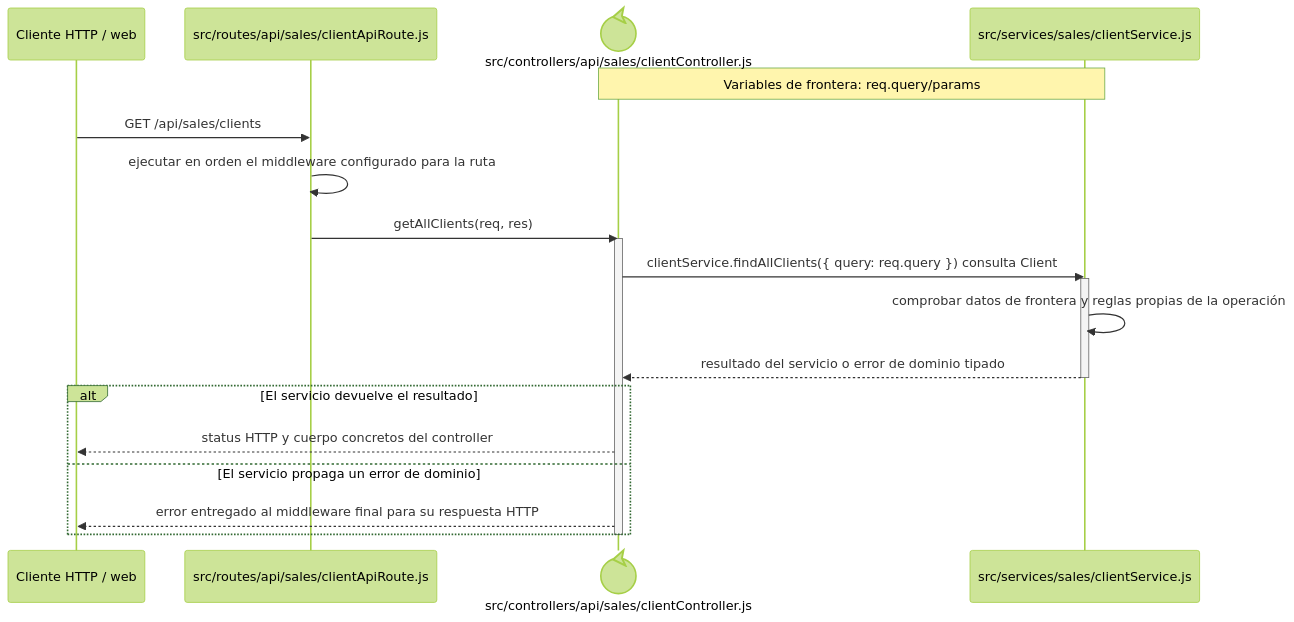
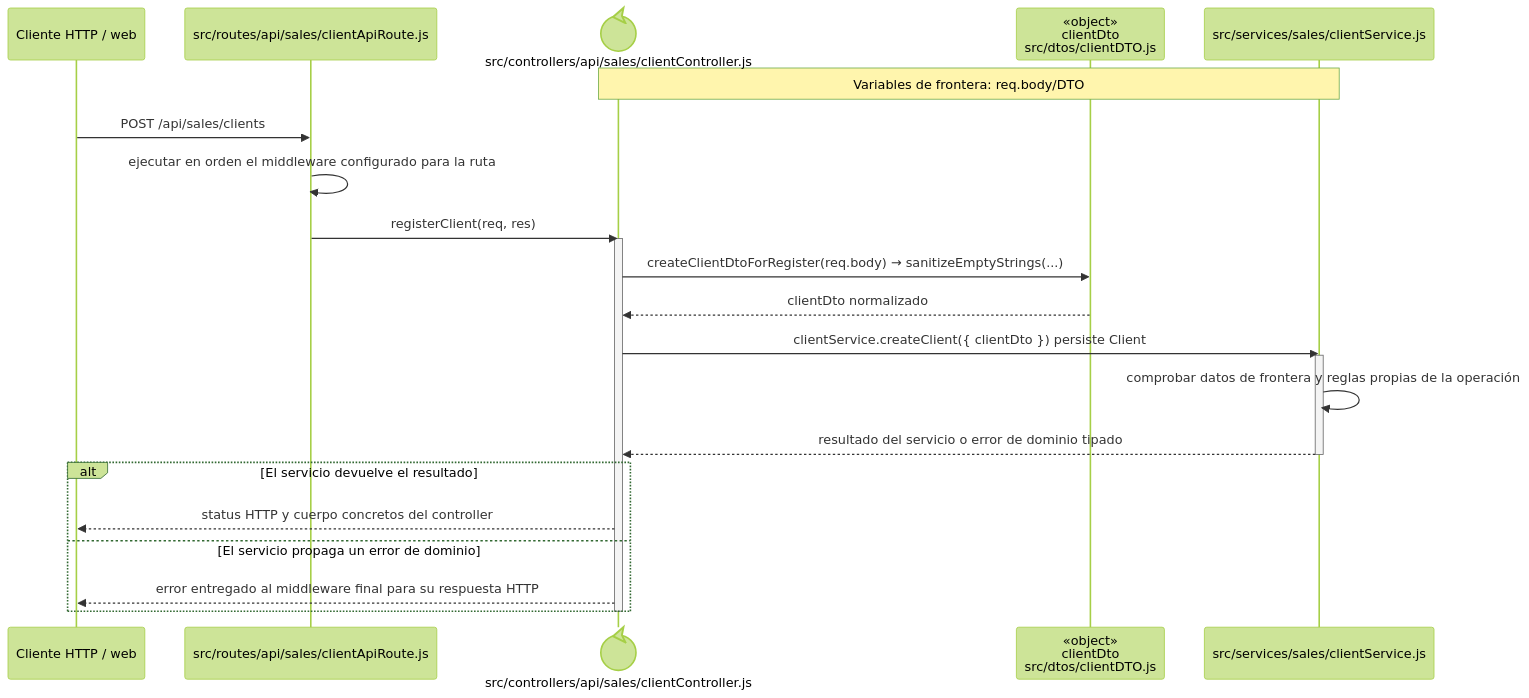
One commit to gpgsistemas01/nexus changed the diagram in docs/architecture/backend-code-sequences/catalogs/cu-cat-15.md. Above: the diagram before and after it, drawn with Mermaid (forest theme). The commit also changed other lines of this file and 207 other files, not shown here.

````diff
--- a/docs/architecture/backend-code-sequences/catalogs/cu-cat-15.md
+++ b/docs/architecture/backend-code-sequences/catalogs/cu-cat-15.md
@@ -6,24 +6,27 @@
 ```mermaid
 sequenceDiagram
     participant Client as Cliente HTTP / web
     participant Route as src/routes/api/sales/clientApiRoute.js
     participant Controller@{ "type": "control" } as src/controllers/api/sales/clientController.js
+    participant ClientDto as «object»<br/>clientDto<br/>src/dtos/clientDTO.js
     participant Domain as src/services/sales/clientService.js
-    Note over Controller,Domain: Variables de frontera: req.query/params
+    Note over Controller,Domain: Variables de frontera: req.body/DTO
 
-    Client->>Route: GET /api/sales/clients
+    Client->>Route: POST /api/sales/clients
     Route->>Route: ejecutar en orden el middleware configurado para la ruta
-    Route->>Controller: getAllClients(req, res)
+    Route->>Controller: registerClient(req, res)
     activate Controller
-    Controller->>Domain: clientService.findAllClients({ query: req.query }) consulta Client
+    Controller->>ClientDto: createClientDtoForRegister(req.body) → sanitizeEmptyStrings(...)
+    ClientDto-->>Controller: clientDto normalizado
+    Controller->>Domain: clientService.createClient({ clientDto }) persiste Client
     activate Domain
     Domain->>Domain: comprobar datos de frontera y reglas propias de la operación
     Domain-->>Controller: resultado del servicio o error de dominio tipado
     deactivate Domain
     alt El servicio devuelve el resultado
         Controller-->>Client: status HTTP y cuerpo concretos del controller
     else El servicio propaga un error de dominio
         Controller-->>Client: error entregado al middleware final para su respuesta HTTP
     end
     deactivate Controller
 ```
````
